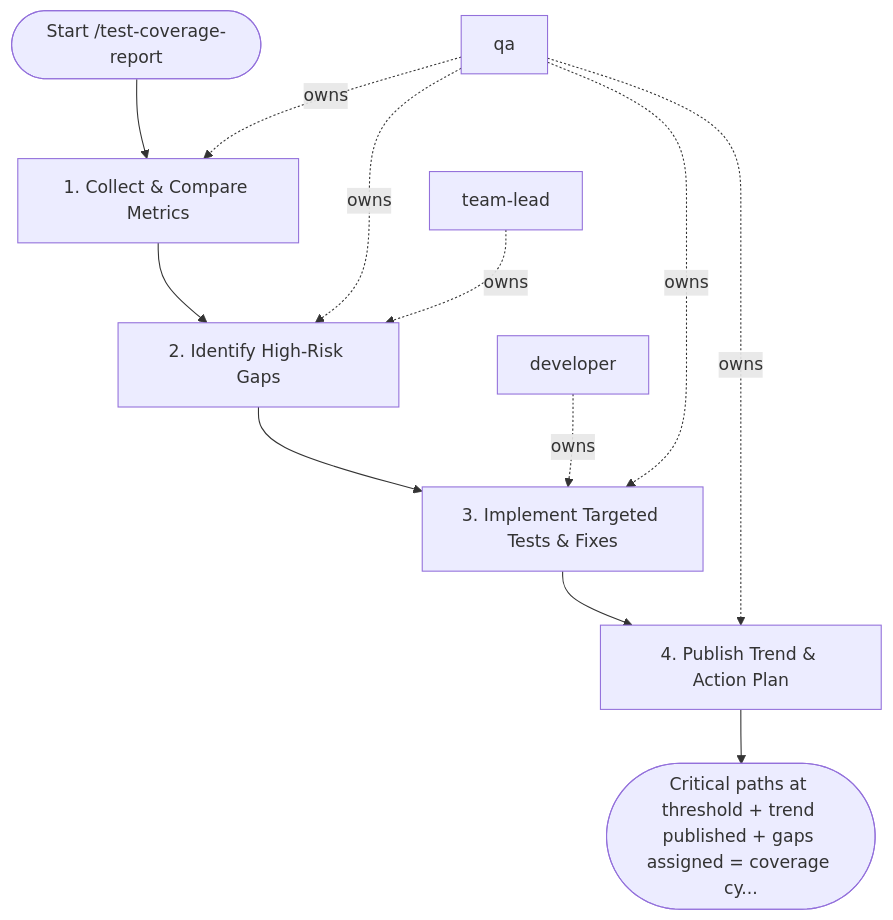
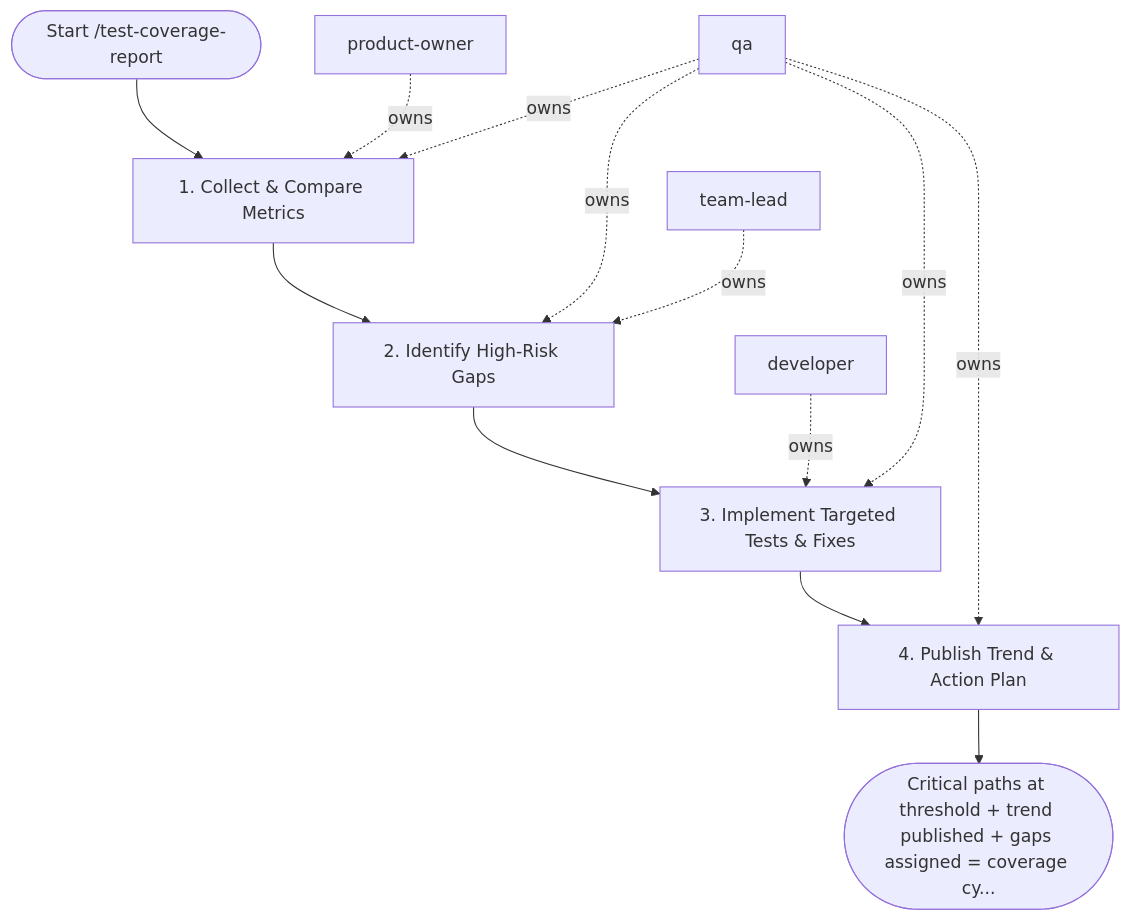
Before and after one commit to sawrus/agent-guides: the diagram in areas/software/qa/workflows/test-coverage-report.md, drawn with Mermaid. The commit also changed other lines of this file and 76 other files, not shown here.

Commit message:
Standardize workflow product owner initiation

````diff
--- a/areas/software/qa/workflows/test-coverage-report.md
+++ b/areas/software/qa/workflows/test-coverage-report.md
@@ -59,23 +59,25 @@
 ```mermaid
 flowchart TD
   start(["Start /test-coverage-report"])
-  role_1["qa"]
-  role_2["team-lead"]
-  role_3["developer"]
+  role_1["product-owner"]
+  role_2["qa"]
+  role_3["team-lead"]
+  role_4["developer"]
   step_1["1. Collect & Compare Metrics"]
   step_2["2. Identify High-Risk Gaps"]
   step_3["3. Implement Targeted Tests & Fixes"]
   step_4["4. Publish Trend & Action Plan"]
   exit(["Critical paths at threshold + trend published + gaps assigned = coverage cy..."])
   start --> step_1
   step_1 --> step_2
   step_2 --> step_3
   step_3 --> step_4
   step_4 --> exit
   role_1 -. owns .-> step_1
-  role_1 -. owns .-> step_2
+  role_2 -. owns .-> step_1
   role_2 -. owns .-> step_2
-  role_3 -. owns .-> step_3
-  role_1 -. owns .-> step_3
-  role_1 -. owns .-> step_4
+  role_3 -. owns .-> step_2
+  role_4 -. owns .-> step_3
+  role_2 -. owns .-> step_3
+  role_2 -. owns .-> step_4
 ```
````
